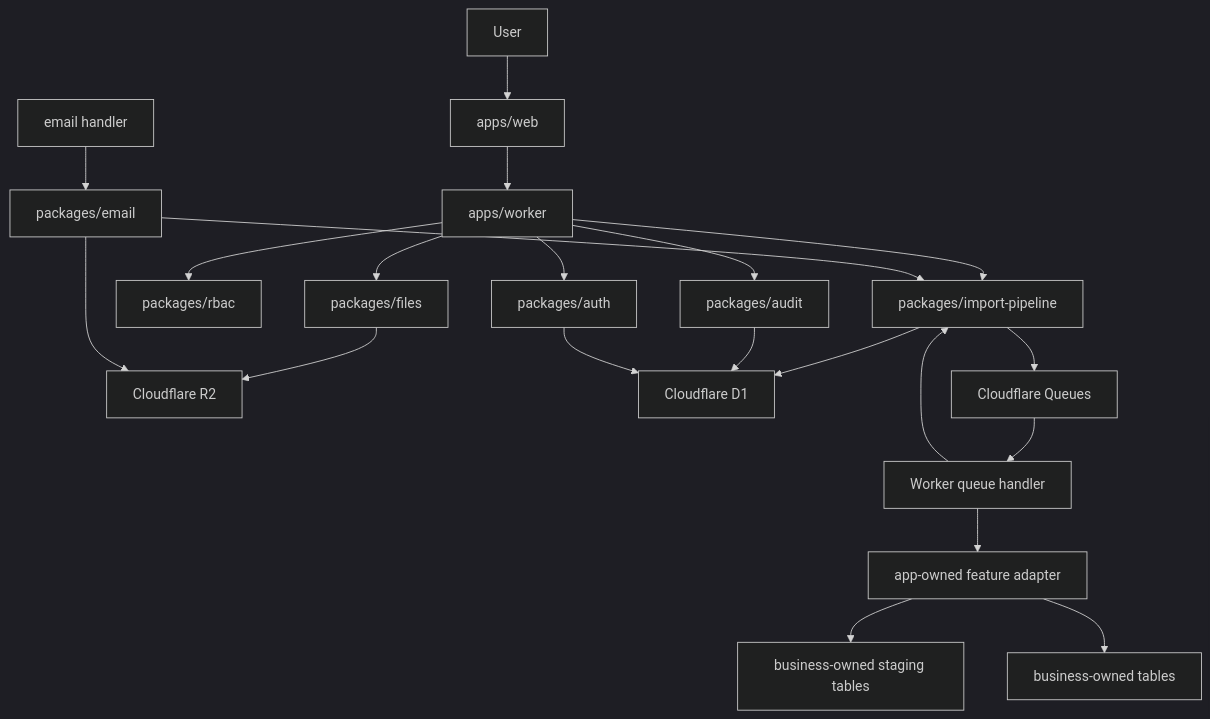
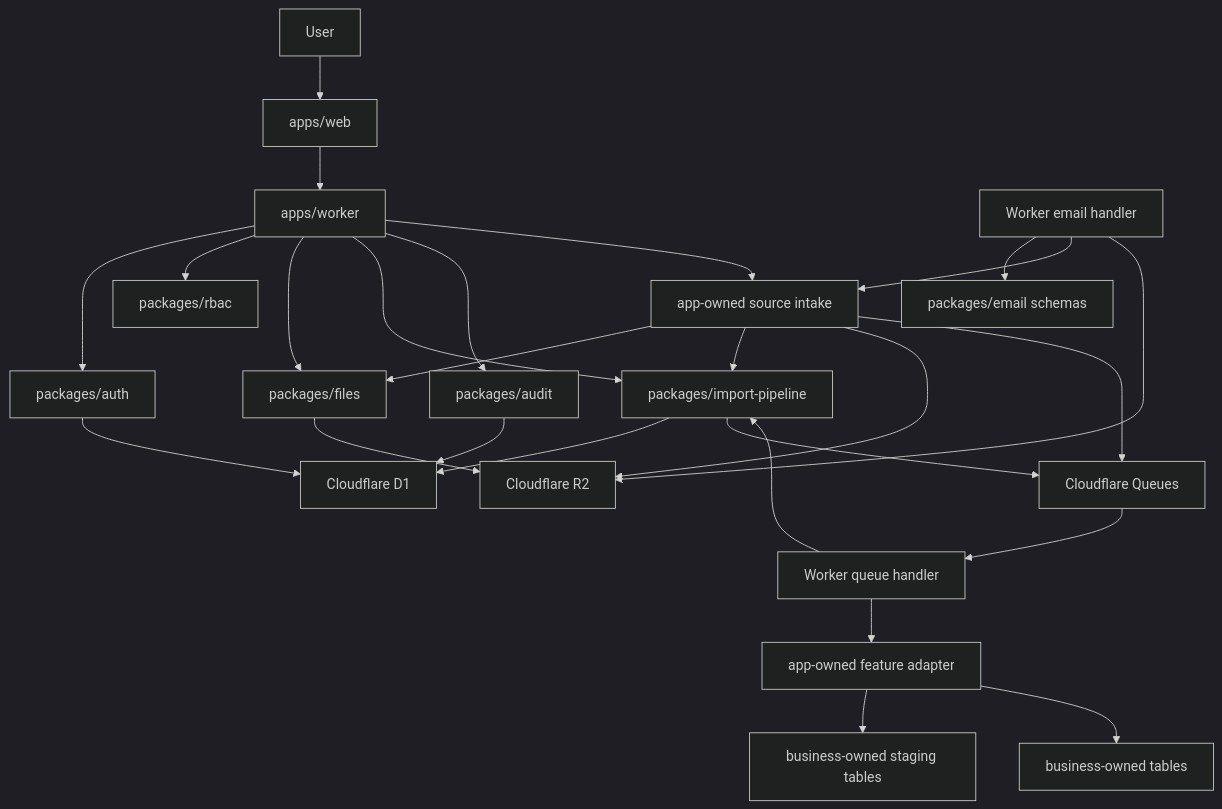
One commit to phyzess/qitu changed the diagram in docs/architecture/overview.md. Above: the diagram before and after it, drawn with Mermaid (dark theme). The commit also changed other lines of this file and 46 other files, not shown here.

````diff
--- a/docs/architecture/overview.md
+++ b/docs/architecture/overview.md
@@ -25,28 +25,33 @@
 ```mermaid
 flowchart TD
   User["User"] --> Web["apps/web"]
   Web --> API["apps/worker"]
 
   API --> Auth["packages/auth"]
   API --> RBAC["packages/rbac"]
   API --> Files["packages/files"]
   API --> Import["packages/import-pipeline"]
   API --> Audit["packages/audit"]
+  API --> SourceIntake["app-owned source intake"]
 
   Files --> R2["Cloudflare R2"]
   Import --> D1["Cloudflare D1"]
   Import --> Queue["Cloudflare Queues"]
+  SourceIntake --> Files
+  SourceIntake --> Import
+  SourceIntake --> R2
+  SourceIntake --> Queue
   Audit --> D1
   Auth --> D1
 
   Queue --> QueueHandler["Worker queue handler"]
   QueueHandler --> Import
   QueueHandler --> Feature["app-owned feature adapter"]
 
   Feature --> Staging["business-owned staging tables"]
   Feature --> BusinessTables["business-owned tables"]
 
-  EmailWorker["email handler"] --> Email["packages/email"]
-  Email --> R2
-  Email --> Import
+  EmailWorker["Worker email handler"] --> Email["packages/email schemas"]
+  EmailWorker --> SourceIntake
+  EmailWorker --> R2
 ```
````
